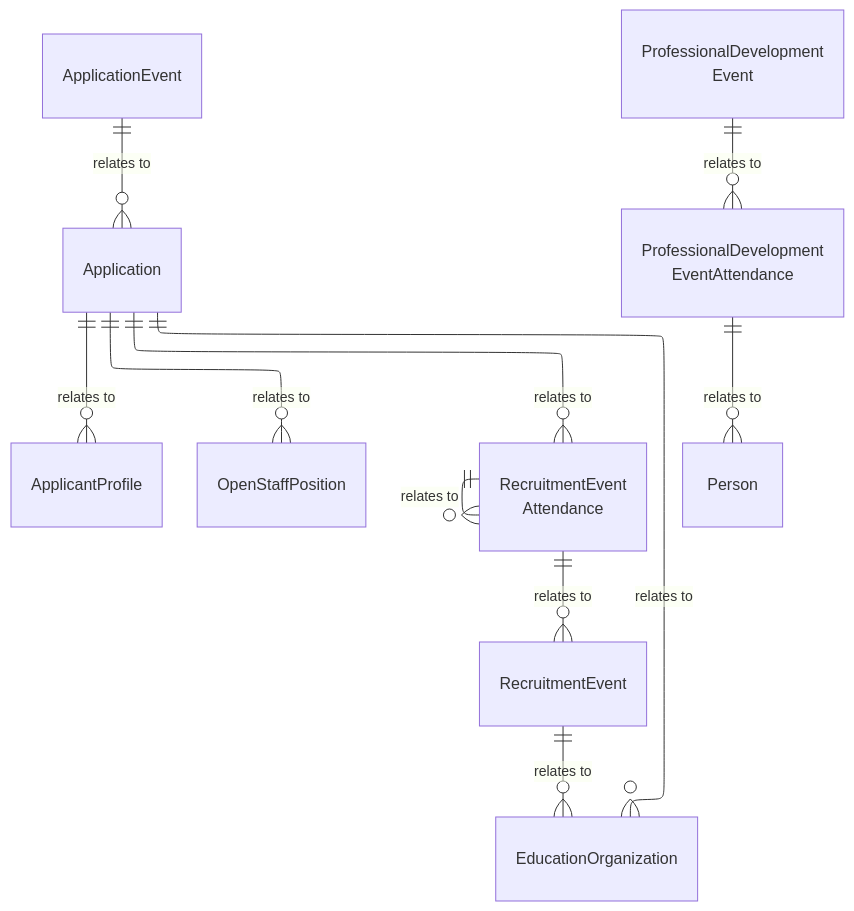
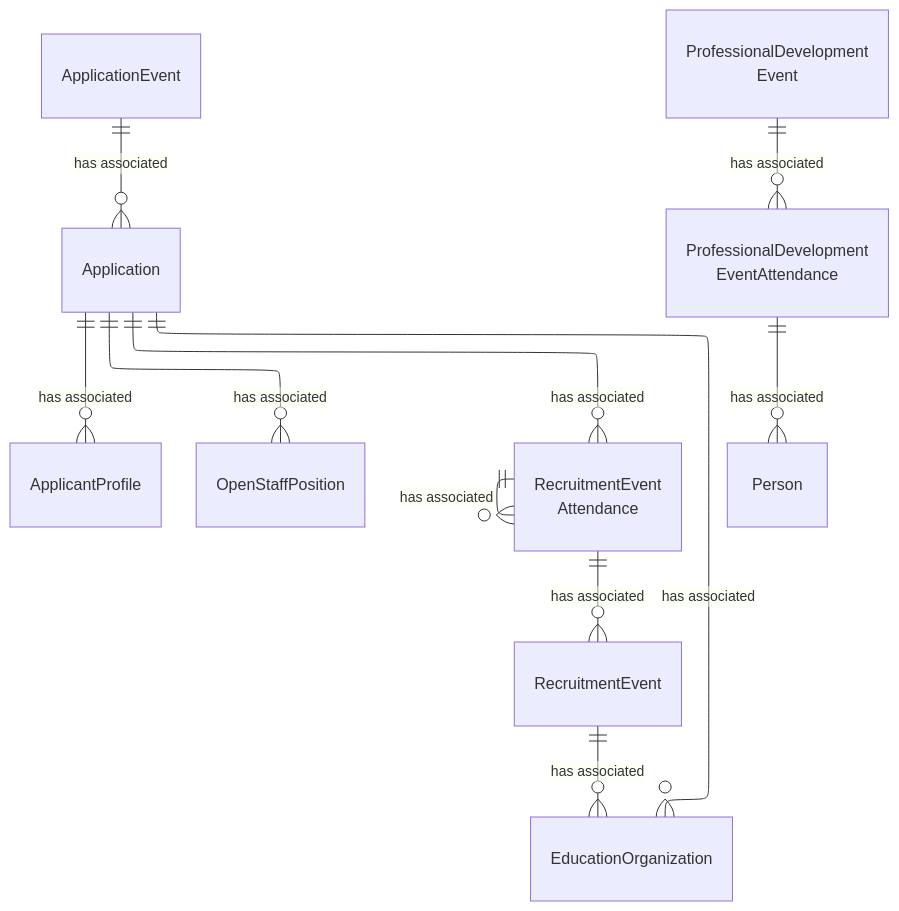
Before and after one commit to Ed-Fi-Alliance-OSS/ed-fi-alliance-oss.github.io: the diagram in dataStandard_versioned_docs/version-6/model-reference/recruiting-and-staffing-domain/model-diagrams.md, drawn with Mermaid. The commit also changed 24 other files, not shown here.

````diff
--- a/dataStandard_versioned_docs/version-6/model-reference/recruiting-and-staffing-domain/model-diagrams.md
+++ b/dataStandard_versioned_docs/version-6/model-reference/recruiting-and-staffing-domain/model-diagrams.md
@@ -10,37 +10,37 @@
 ```mermaid
 ---
 config:
   layout: elk
 ---
 erDiagram
     ApplicantProfile {
     }
     Application {
     }
     ApplicationEvent {
     }
     OpenStaffPosition {
     }
     RecruitmentEvent {
     }
     RecruitmentEventAttendance["RecruitmentEvent<br/>Attendance"] {
     }
     ProfessionalDevelopmentEvent["ProfessionalDevelopment<br/>Event"] {
     }
     ProfessionalDevelopmentEventAttendance["ProfessionalDevelopment<br/>EventAttendance"] {
     }
     Person {
     }
     EducationOrganization {
     }
-    Application ||--o{ ApplicantProfile : "relates to"
-    Application ||--o{ EducationOrganization : "relates to"
-    Application ||--o{ OpenStaffPosition : "relates to"
-    Application ||--o{ RecruitmentEventAttendance : "relates to"
-    ApplicationEvent ||--o{ Application : "relates to"
-    RecruitmentEventAttendance ||--o{ RecruitmentEvent : "relates to"
-    RecruitmentEventAttendance ||--o{ RecruitmentEventAttendance : "relates to"
-    RecruitmentEvent ||--o{ EducationOrganization : "relates to"
-    ProfessionalDevelopmentEvent ||--o{ ProfessionalDevelopmentEventAttendance : "relates to"
-    ProfessionalDevelopmentEventAttendance ||--o{ Person : "relates to"
+    Application ||--o{ ApplicantProfile : "has associated"
+    Application ||--o{ EducationOrganization : "has associated"
+    Application ||--o{ OpenStaffPosition : "has associated"
+    Application ||--o{ RecruitmentEventAttendance : "has associated"
+    ApplicationEvent ||--o{ Application : "has associated"
+    RecruitmentEventAttendance ||--o{ RecruitmentEvent : "has associated"
+    RecruitmentEventAttendance ||--o{ RecruitmentEventAttendance : "has associated"
+    RecruitmentEvent ||--o{ EducationOrganization : "has associated"
+    ProfessionalDevelopmentEvent ||--o{ ProfessionalDevelopmentEventAttendance : "has associated"
+    ProfessionalDevelopmentEventAttendance ||--o{ Person : "has associated"
 ```
````
